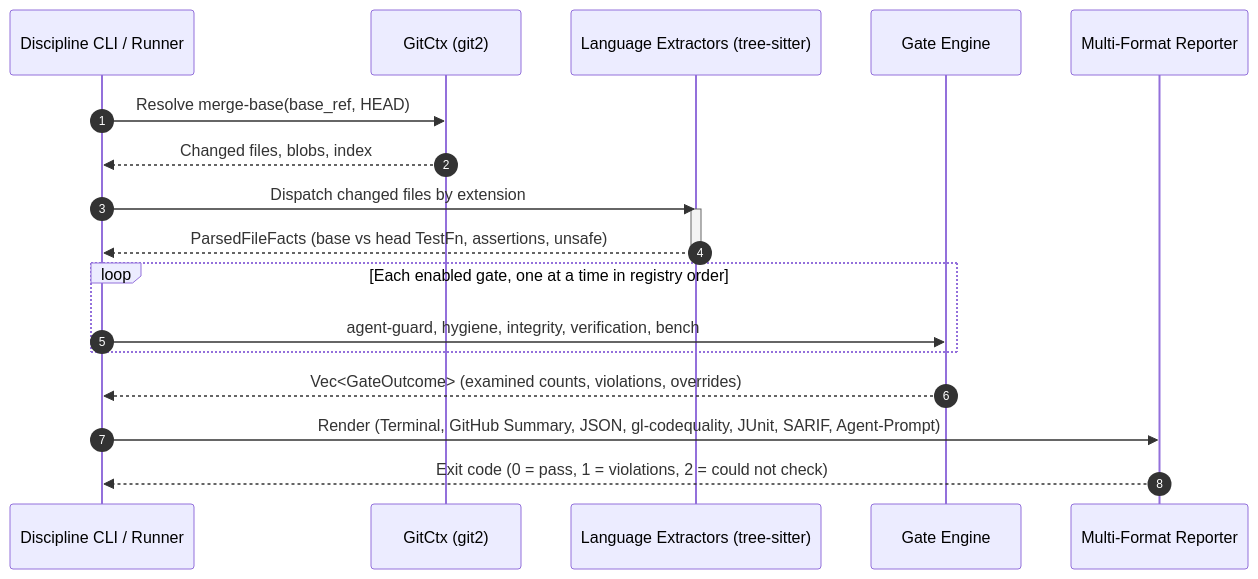
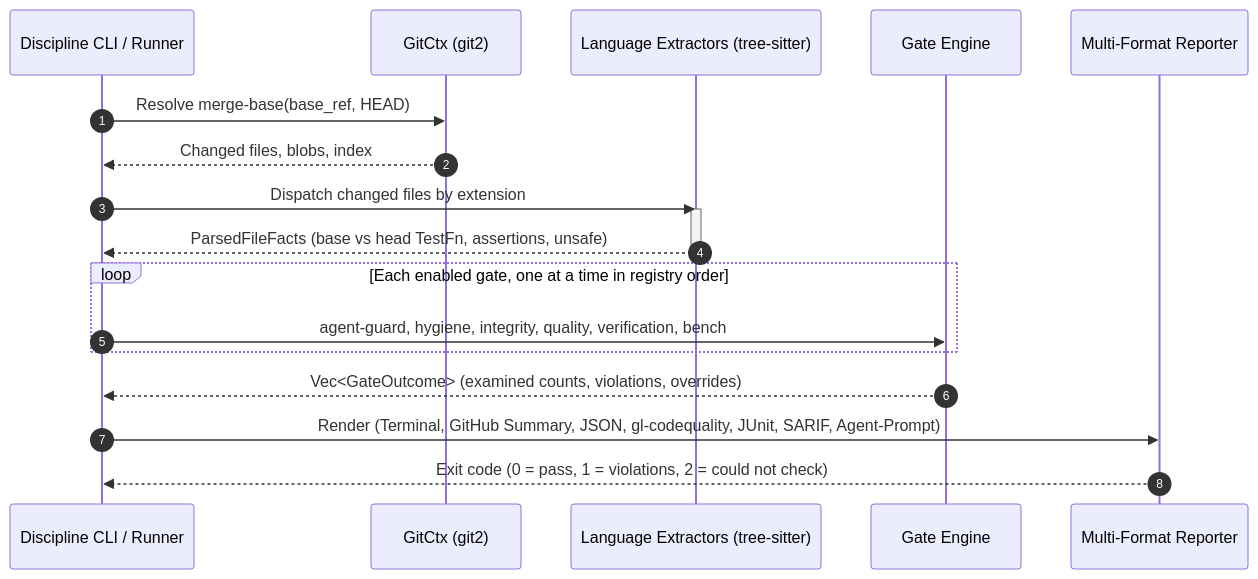
Before and after one commit to orieg/discipline: the third of 4 diagrams in docs/ARCHITECTURE.md, drawn with Mermaid. The commit also changed other lines of this file and 4 other files, not shown here.

````diff
--- a/docs/ARCHITECTURE.md
+++ b/docs/ARCHITECTURE.md
@@ -102,22 +102,22 @@
 ```mermaid
 sequenceDiagram
     autonumber
     participant CLI as Discipline CLI / Runner
     participant Git as GitCtx (git2)
     participant AST as Language Extractors (tree-sitter)
     participant Gates as Gate Engine
     participant Report as Multi-Format Reporter
 
     CLI->>Git: Resolve merge-base(base_ref, HEAD)
     Git-->>CLI: Changed files, blobs, index
     CLI->>AST: Dispatch changed files by extension
     activate AST
     AST-->>CLI: ParsedFileFacts (base vs head TestFn, assertions, unsafe)
     deactivate AST
     loop Each enabled gate, one at a time in registry order
-        CLI->>Gates: agent-guard, hygiene, integrity, verification, bench
+        CLI->>Gates: agent-guard, hygiene, integrity, quality, verification, bench
     end
     Gates-->>CLI: Vec<GateOutcome> (examined counts, violations, overrides)
     CLI->>Report: Render (Terminal, GitHub Summary, JSON, gl-codequality, JUnit, SARIF, Agent-Prompt)
     Report-->>CLI: Exit code (0 = pass, 1 = violations, 2 = could not check)
 ```
````
